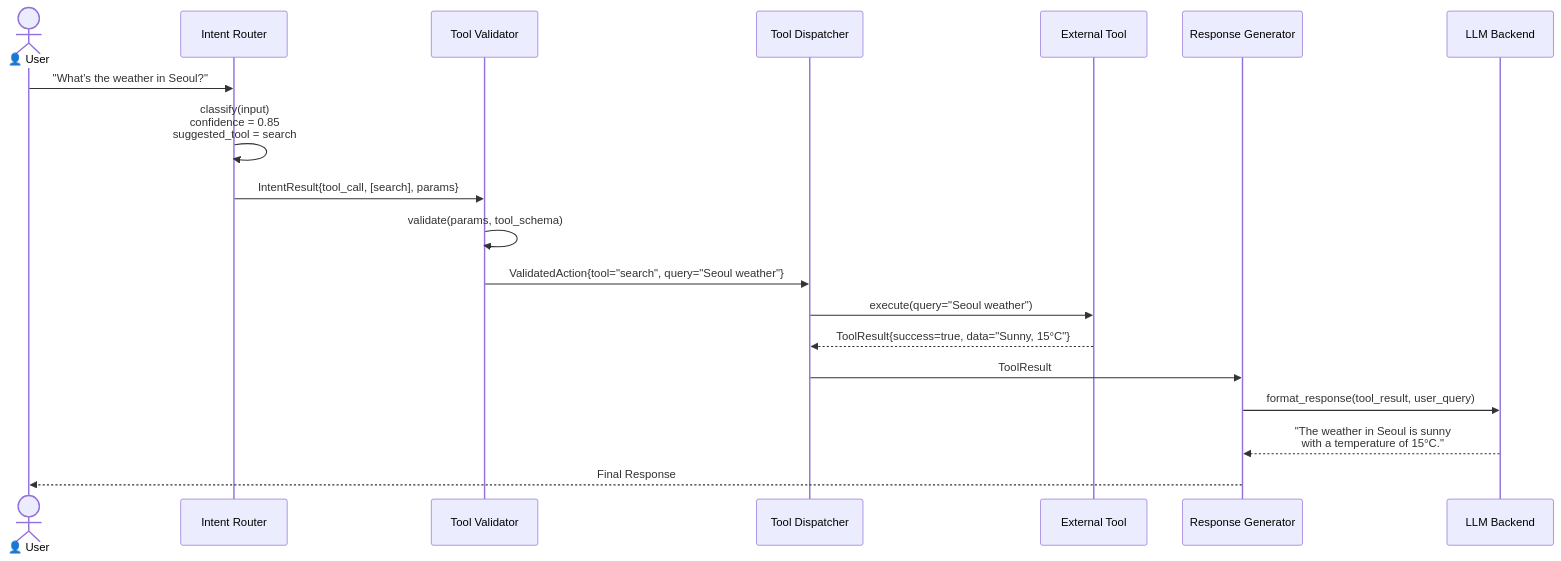
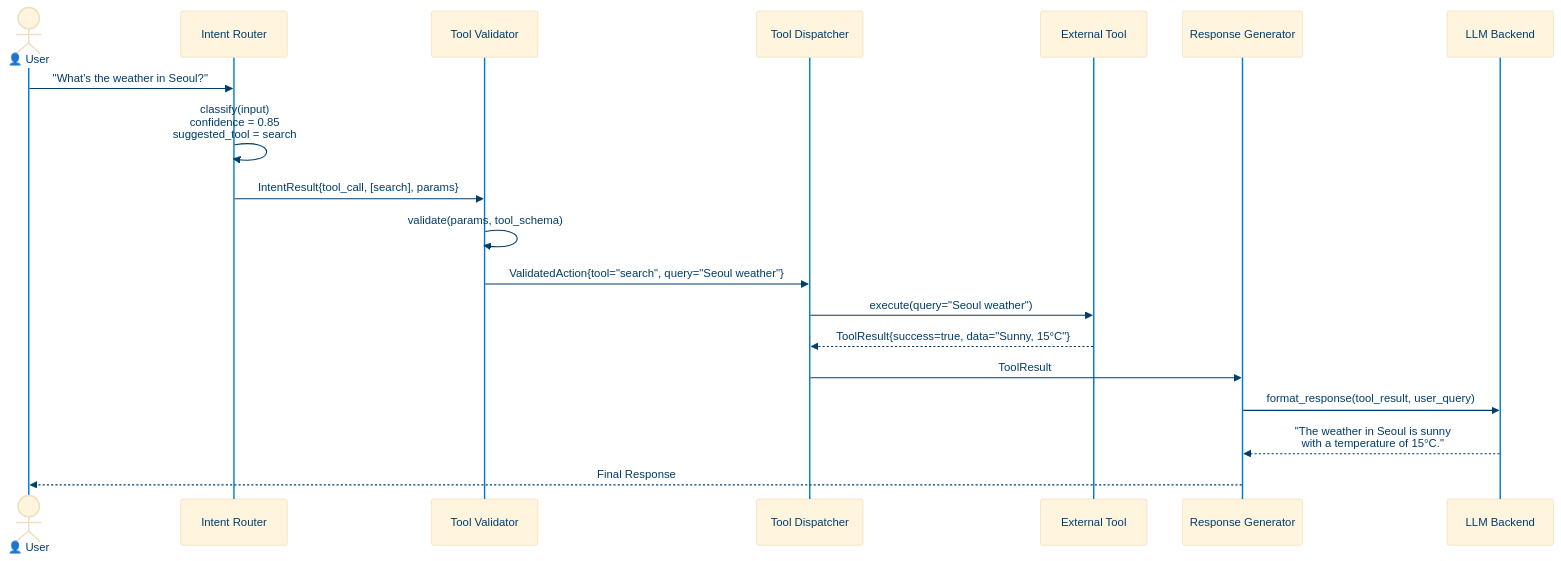
The third of 7 diagrams in docs/levels/Level_1_Tool_Agent.md (dotnetpower/mscp), drawn with Mermaid before and after one commit. The commit also changed other lines of this file and 2 other files, not shown here.

Commit message:
Enhance Mermaid diagrams in documentation by updating theme variables for improved visual consistency and clarity across Level 1, Level 2, and Level 3 architecture sections.

````diff
--- a/docs/levels/Level_1_Tool_Agent.md
+++ b/docs/levels/Level_1_Tool_Agent.md
@@ -177,22 +177,23 @@
 ```mermaid
+%%{init: {'theme': 'base', 'themeVariables': {'actorTextColor': '#003D6B', 'actorLineColor': '#0078D4', 'signalColor': '#003D6B', 'signalTextColor': '#003D6B', 'labelTextColor': '#003D6B', 'loopTextColor': '#003D6B', 'noteBkgColor': '#DEECF9', 'noteTextColor': '#003D6B', 'noteBorderColor': '#0078D4', 'activationBkgColor': '#E1DFDD', 'activationBorderColor': '#605E5C', 'sequenceNumberColor': '#FFF', 'textColor': '#323130', 'fontSize': '14px'}}}%%
 sequenceDiagram
     actor U as 👤 User
     participant IR as Intent Router
     participant TV as Tool Validator
     participant TD as Tool Dispatcher
     participant T as External Tool
     participant RG as Response Generator
     participant LLM as LLM Backend
 
     U->>IR: "What's the weather in Seoul?"
     IR->>IR: classify(input)<br/>confidence = 0.85<br/>suggested_tool = search
     IR->>TV: IntentResult{tool_call, [search], params}
     TV->>TV: validate(params, tool_schema)
     TV->>TD: ValidatedAction{tool="search", query="Seoul weather"}
     TD->>T: execute(query="Seoul weather")
     T-->>TD: ToolResult{success=true, data="Sunny, 15°C"}
     TD->>RG: ToolResult
     RG->>LLM: format_response(tool_result, user_query)
     LLM-->>RG: "The weather in Seoul is sunny<br/>with a temperature of 15°C."
     RG-->>U: Final Response
 ```
````
